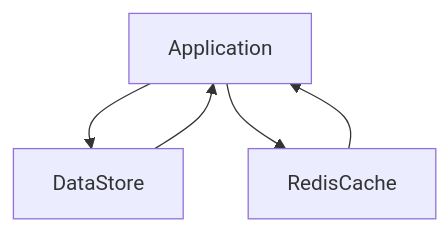
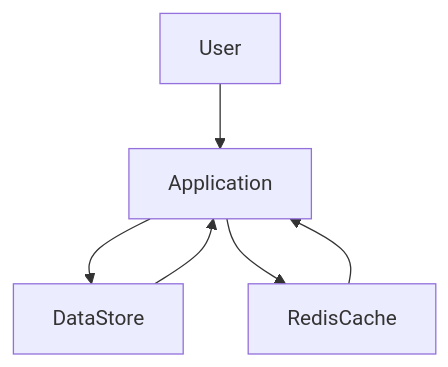
The diagram in Caching/README.md (gopalakrishnaPala/az204), drawn with Mermaid before and after one commit. The commit also changed other lines of this file and 37 other files, not shown here.

````diff
--- a/Caching/README.md
+++ b/Caching/README.md
@@ -161,7 +161,8 @@
 ```mermaid
 graph TD;
+    User-->Application;
     Application-->DataStore;
     DataStore-->Application;
     Application-->RedisCache;
     RedisCache-->Application;
 ```
````
